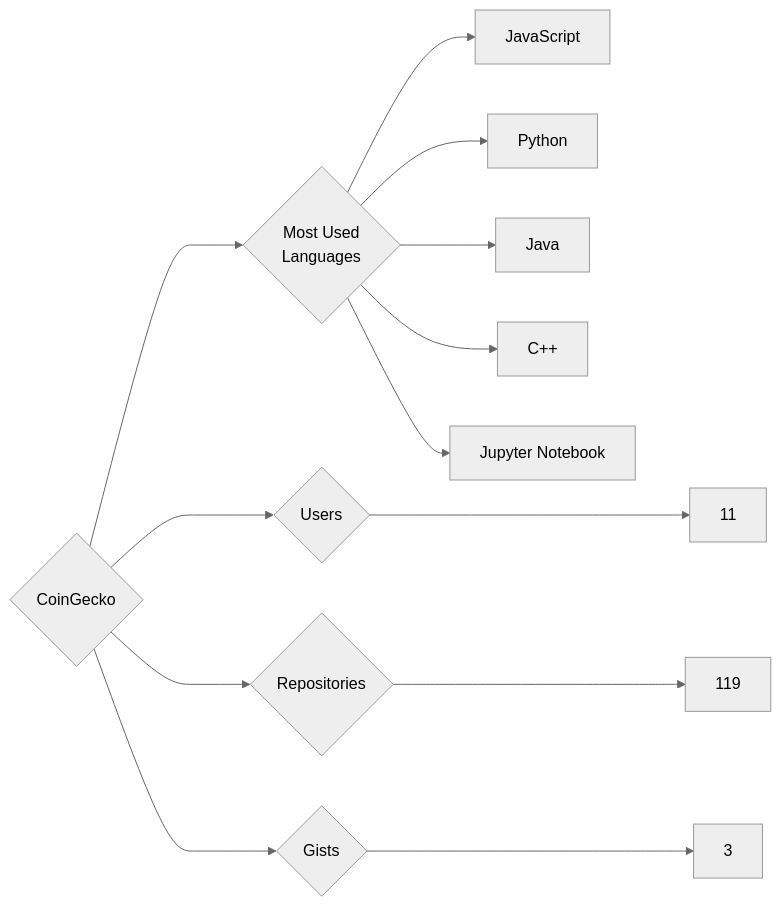
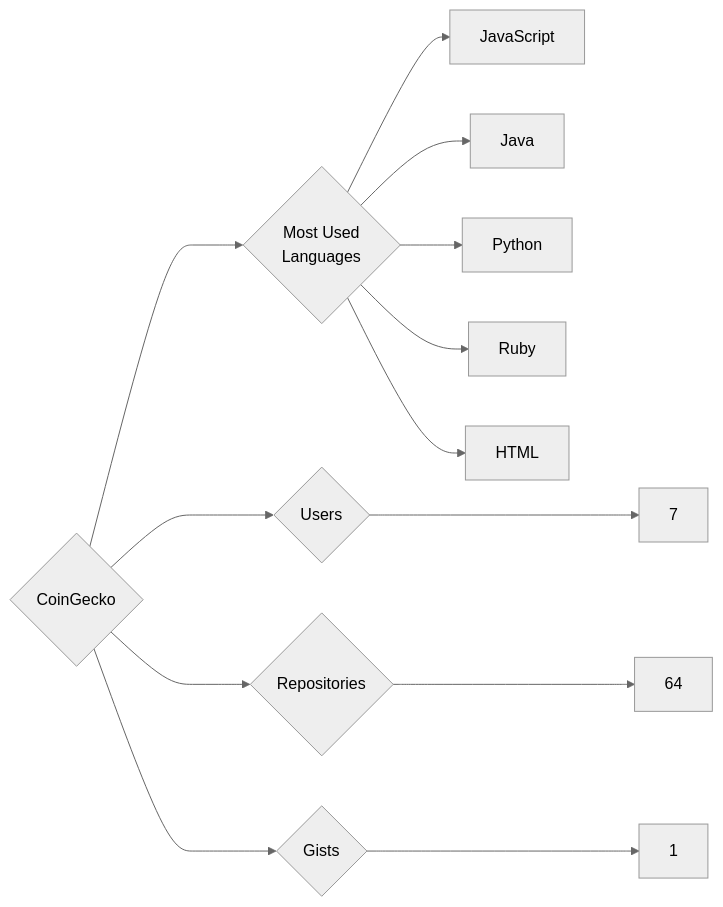
The diagram in targets/CoinGecko/README.md (trickest/insiders), drawn with Mermaid (neutral theme) before and after one commit. The commit also changed 1023 other files, not shown here.

````diff
--- a/targets/CoinGecko/README.md
+++ b/targets/CoinGecko/README.md
@@ -3,13 +3,13 @@
 ```mermaid
 graph LR
 COMPANY_NAME{CoinGecko}
-COMPANY_NAME ---> U{Users} ---> UN[11]
-COMPANY_NAME ---> R{Repositories} ---> RN[119]
-COMPANY_NAME ---> G{Gists} ---> GN[3]
+COMPANY_NAME ---> U{Users} ---> UN[7]
+COMPANY_NAME ---> R{Repositories} ---> RN[64]
+COMPANY_NAME ---> G{Gists} ---> GN[1]
 COMPANY_NAME ---> ML{Most Used<br>Languages}
 ML --> JavaScript[JavaScript]
+ML --> Java[Java]
 ML --> Python[Python]
-ML --> Java[Java]
-ML --> C++[C++]
-ML --> Jupyter_Notebook[Jupyter Notebook]
+ML --> Ruby[Ruby]
+ML --> HTML[HTML]
 ```
````
